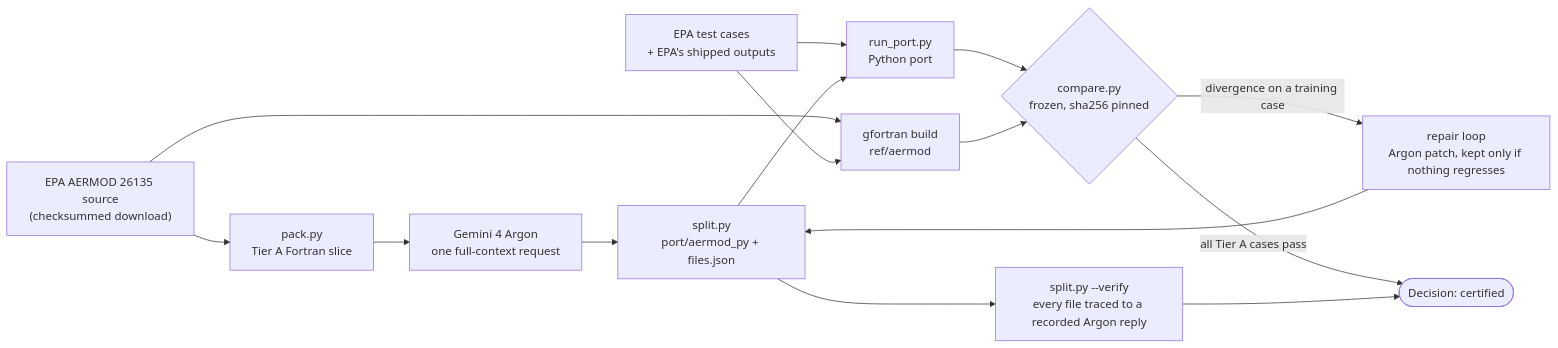
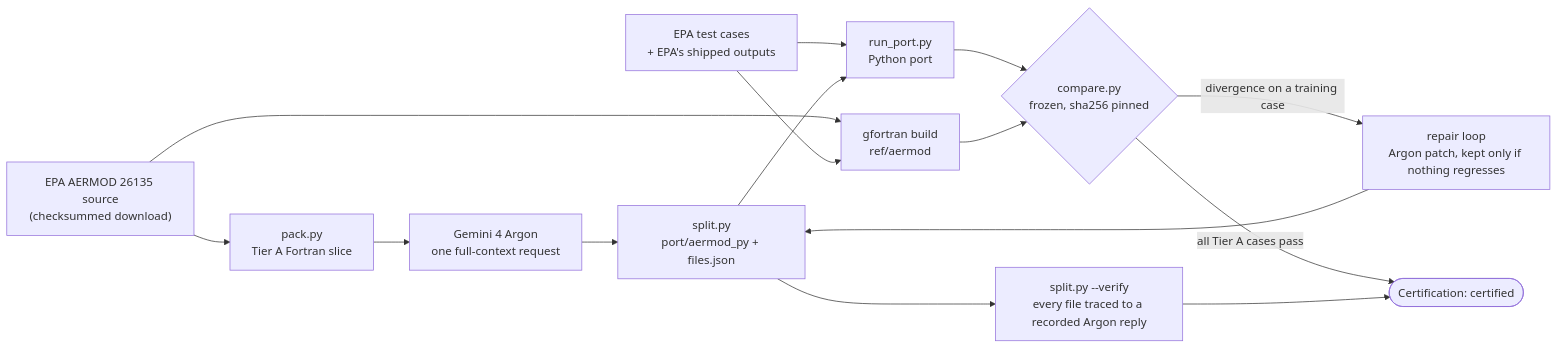
One commit to entersidbellad/argon-aermod changed the diagram in README.md. Above: the diagram before and after it, drawn with Mermaid. The commit also changed other lines of this file and 4 other files, not shown here.

````diff
--- a/README.md
+++ b/README.md
@@ -58,17 +58,17 @@
 ```mermaid
 flowchart LR
     SRC["EPA AERMOD 26135 source<br/>(checksummed download)"] --> PACK["pack.py<br/>Tier A Fortran slice"]
     PACK --> ARGON["Gemini 4 Argon<br/>one full-context request"]
     ARGON --> SPLIT["split.py<br/>port/aermod_py + files.json"]
     SRC --> GF["gfortran build<br/>ref/aermod"]
     CASES["EPA test cases<br/>+ EPA's shipped outputs"] --> RUNP["run_port.py<br/>Python port"]
     CASES --> GF
     SPLIT --> RUNP
     RUNP --> CMP{"compare.py<br/>frozen, sha256 pinned"}
     GF --> CMP
     CMP -- "divergence on a training case" --> REPAIR["repair loop<br/>Argon patch, kept only if nothing regresses"]
     REPAIR --> SPLIT
     SPLIT --> VERIFY["split.py --verify<br/>every file traced to a recorded Argon reply"]
-    CMP -- "all Tier A cases pass" --> CERT(["Decision: certified"])
+    CMP -- "all Tier A cases pass" --> CERT(["Certification: certified"])
     VERIFY --> CERT
 ```
````
